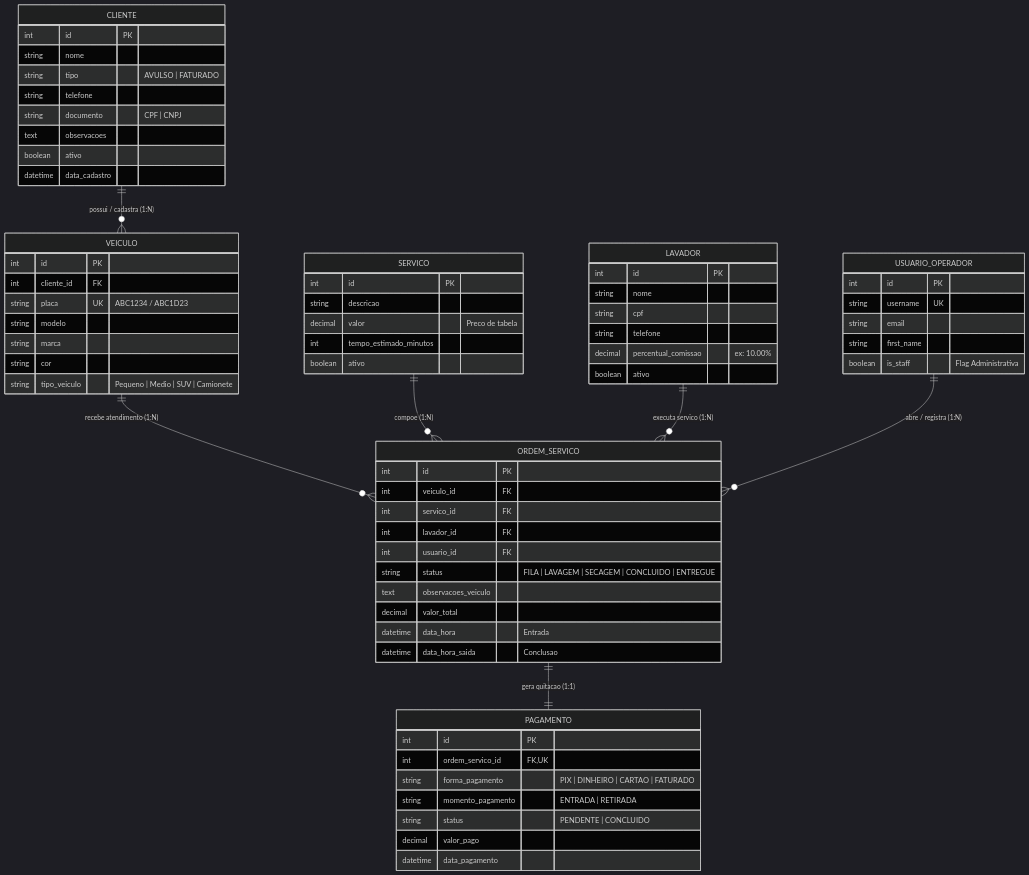
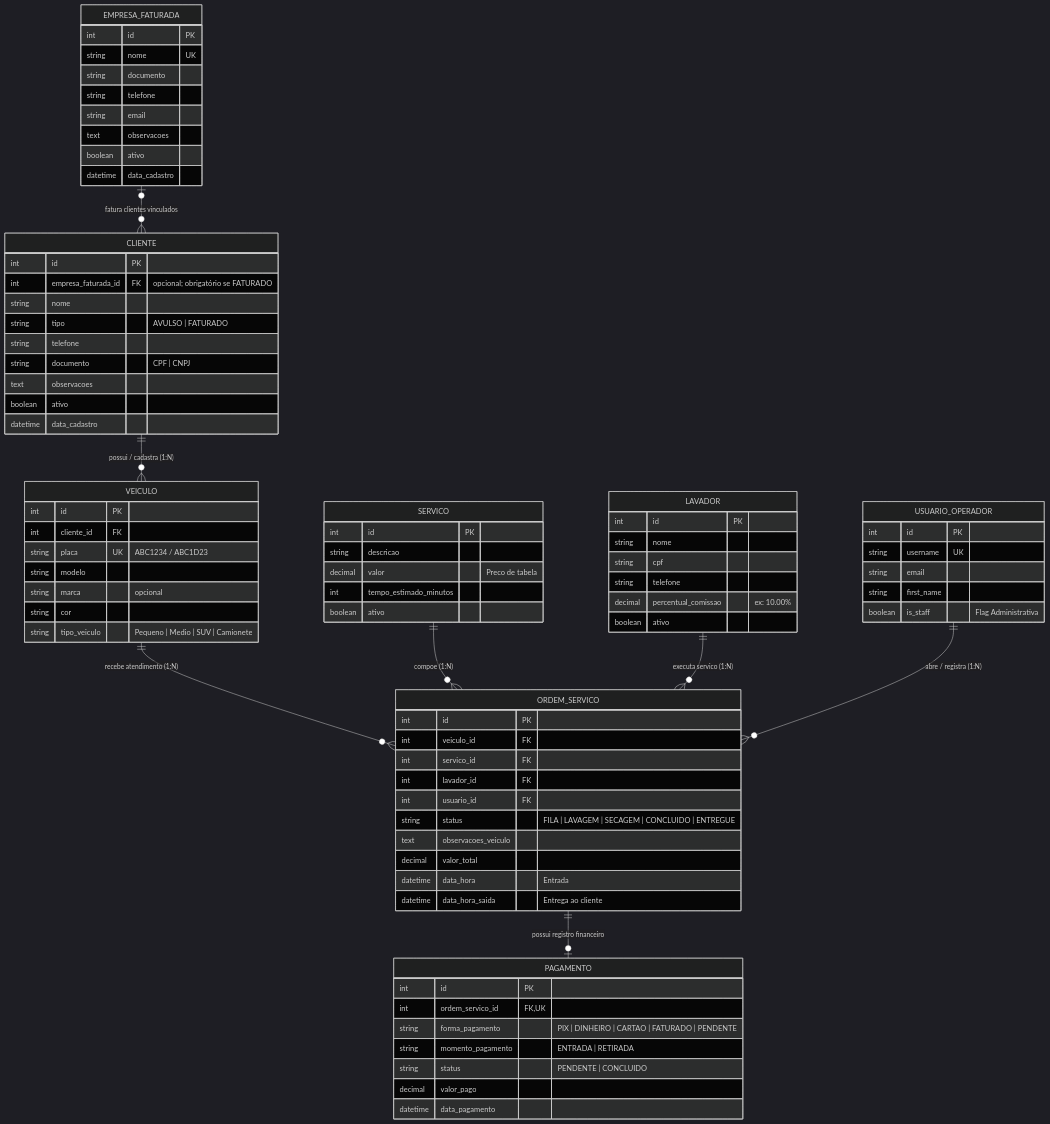
Before and after one commit to ednaldomaciel/projeto_posto_de_lavagem_ciesa: the diagram in docs/modelagem.md, drawn with Mermaid (dark theme). The commit also changed other lines of this file and 35 other files, not shown here.

````diff
--- a/docs/modelagem.md
+++ b/docs/modelagem.md
@@ -53,14 +53,27 @@
 ```mermaid
 erDiagram
+    EMPRESA_FATURADA o|--o{ CLIENTE : "fatura clientes vinculados"
     CLIENTE ||--o{ VEICULO : "possui / cadastra (1:N)"
     VEICULO ||--o{ ORDEM_SERVICO : "recebe atendimento (1:N)"
     SERVICO ||--o{ ORDEM_SERVICO : "compoe (1:N)"
     LAVADOR ||--o{ ORDEM_SERVICO : "executa servico (1:N)"
     USUARIO_OPERADOR ||--o{ ORDEM_SERVICO : "abre / registra (1:N)"
-    ORDEM_SERVICO ||--|| PAGAMENTO : "gera quitacao (1:1)"
+    ORDEM_SERVICO ||--o| PAGAMENTO : "possui registro financeiro"
+
+    EMPRESA_FATURADA {
+        int id PK
+        string nome UK
+        string documento
+        string telefone
+        string email
+        text observacoes
+        boolean ativo
+        datetime data_cadastro
+    }
 
     CLIENTE {
         int id PK
+        int empresa_faturada_id FK "opcional; obrigatório se FATURADO"
         string nome
         string tipo "AVULSO | FATURADO"
         string telefone
@@ -75,7 +88,7 @@
         int cliente_id FK
         string placa UK "ABC1234 / ABC1D23"
         string modelo
-        string marca
+        string marca "opcional"
         string cor
         string tipo_veiculo "Pequeno | Medio | SUV | Camionete"
     }
@@ -107,13 +120,13 @@
         text observacoes_veiculo
         decimal valor_total
         datetime data_hora "Entrada"
-        datetime data_hora_saida "Conclusao"
+        datetime data_hora_saida "Entrega ao cliente"
     }
 
     PAGAMENTO {
         int id PK
         int ordem_servico_id FK, UK
-        string forma_pagamento "PIX | DINHEIRO | CARTAO | FATURADO"
+        string forma_pagamento "PIX | DINHEIRO | CARTAO | FATURADO | PENDENTE"
         string momento_pagamento "ENTRADA | RETIRADA"
         string status "PENDENTE | CONCLUIDO"
         decimal valor_pago
````
